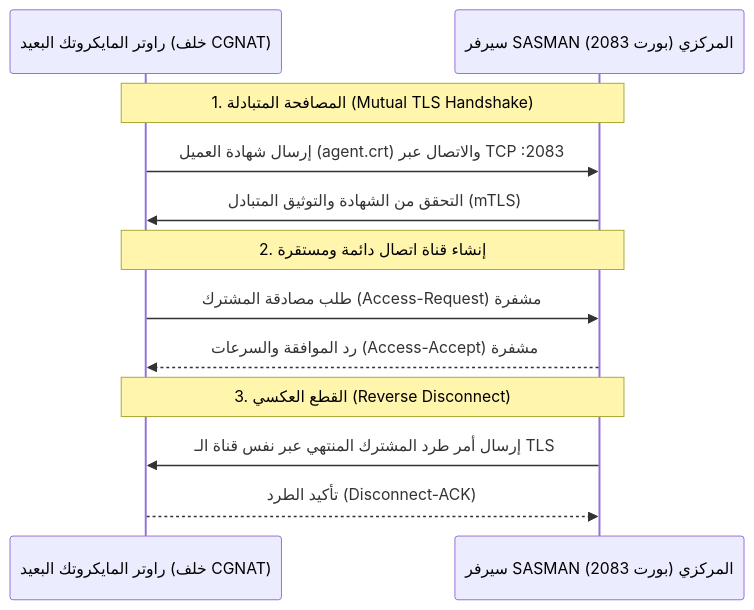
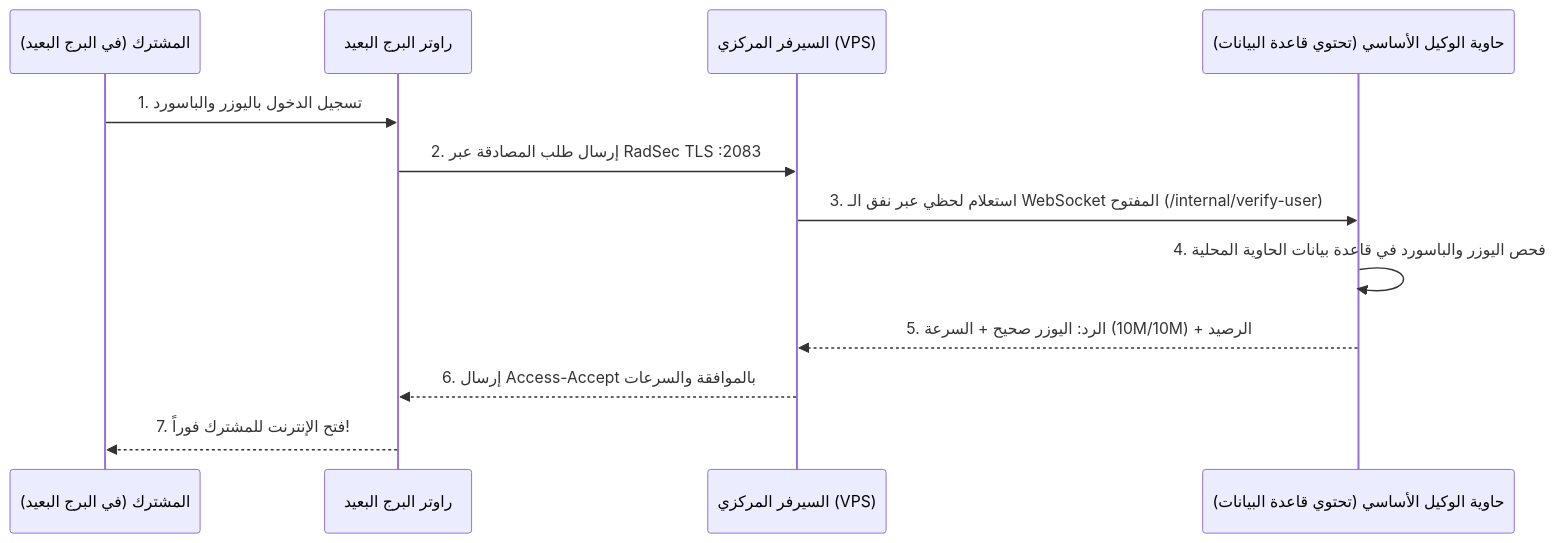
Before and after one commit to ahmedha43/sasman: the diagram in NAS_AND_RADSEC_GUIDE.md, drawn with Mermaid. The commit also changed other lines of this file and 1 other file, not shown here.

Commit message:
docs: add multi-agent routing and privacy architecture to documentation and UI guide modal

````diff
--- a/NAS_AND_RADSEC_GUIDE.md
+++ b/NAS_AND_RADSEC_GUIDE.md
@@ -91,15 +135,15 @@
 ```mermaid
 sequenceDiagram
-    participant MT as راوتر المايكروتك البعيد (خلف CGNAT)
-    participant SAS as سيرفر SASMAN المركزي (بورت 2083)
+    participant User as المشترك (في البرج البعيد)
+    participant RemoteMT as راوتر البرج البعيد
+    participant Central as السيرفر المركزي (VPS)
+    participant AgentApp as حاوية الوكيل الأساسي (تحتوي قاعدة البيانات)
 
-    Note over MT,SAS: 1. المصافحة المتبادلة (Mutual TLS Handshake)
-    MT->>SAS: إرسال شهادة العميل (agent.crt) والاتصال عبر TCP :2083
-    SAS->>MT: التحقق من الشهادة والتوثيق المتبادل (mTLS)
-    Note over MT,SAS: 2. إنشاء قناة اتصال دائمة ومستقرة
-    MT->>SAS: طلب مصادقة المشترك (Access-Request) مشفرة
-    SAS-->>MT: رد الموافقة والسرعات (Access-Accept) مشفرة
-    Note over SAS,MT: 3. القطع العكسي (Reverse Disconnect)
-    SAS->>MT: إرسال أمر طرد المشترك المنتهي عبر نفس قناة الـ TLS
-    MT-->>SAS: تأكيد الطرد (Disconnect-ACK)
+    User->>RemoteMT: 1. تسجيل الدخول باليوزر والباسورد
+    RemoteMT->>Central: 2. إرسال طلب المصادقة عبر RadSec TLS :2083
+    Central->>AgentApp: 3. استعلام لحظي عبر نفق الـ WebSocket المفتوح (/internal/verify-user)
+    AgentApp->>AgentApp: 4. فحص اليوزر والباسورد في قاعدة بيانات الحاوية المحلية
+    AgentApp-->>Central: 5. الرد: اليوزر صحيح + السرعة (10M/10M) + الرصيد
+    Central-->>RemoteMT: 6. إرسال Access-Accept بالموافقة والسرعات
+    RemoteMT-->>User: 7. فتح الإنترنت للمشترك فوراً!
 ```
````
